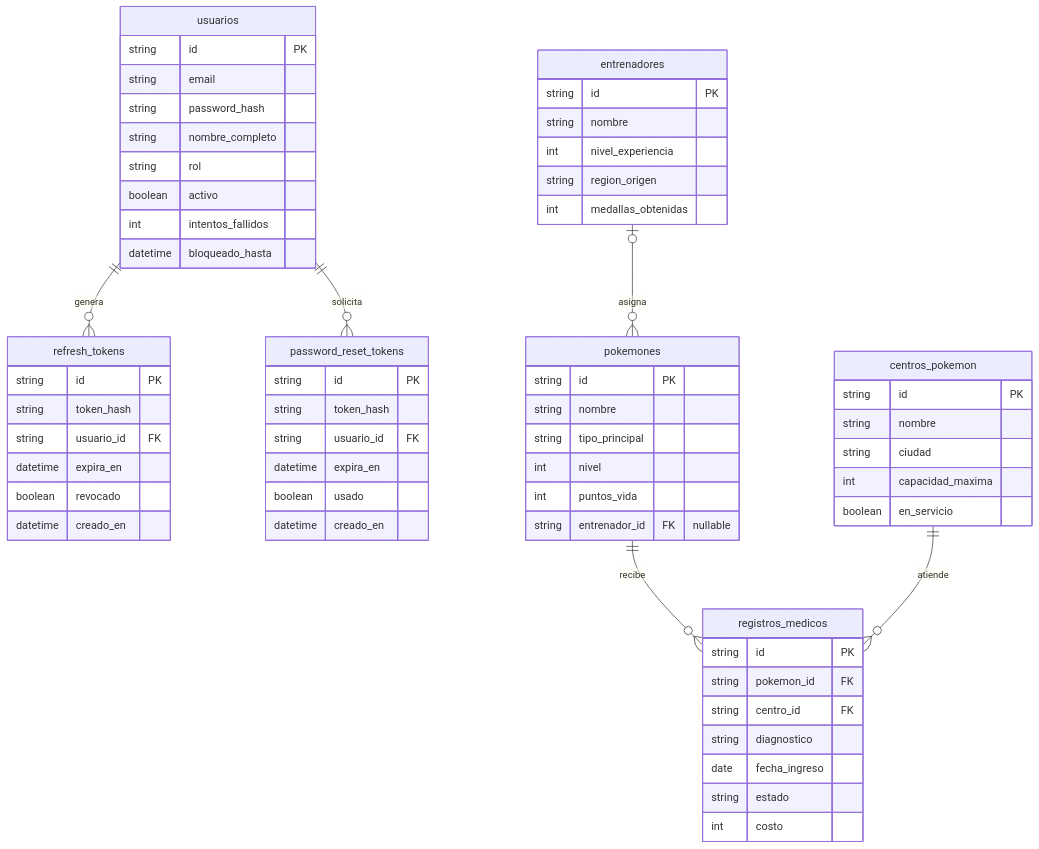
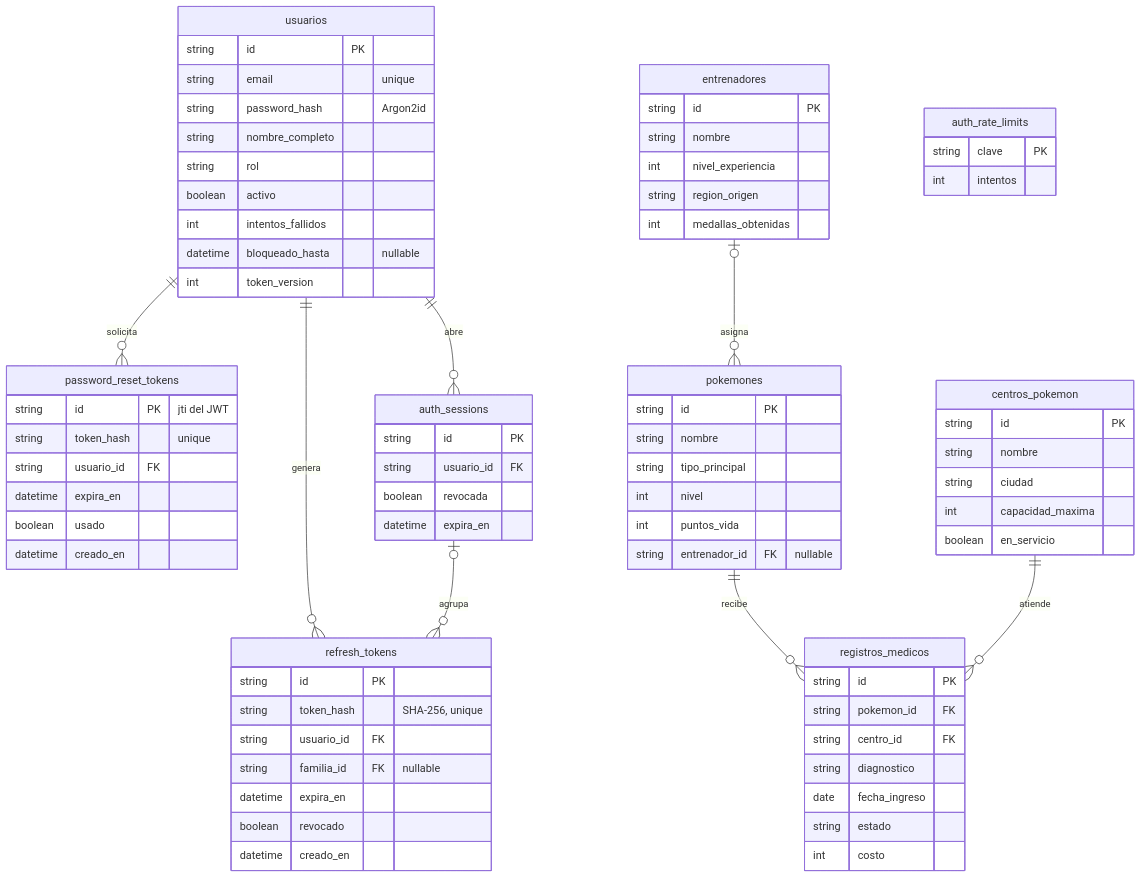
The second of 5 diagrams in docs/diagramas.md (Cristobaaaal/backend-grupo1-sec3), drawn with Mermaid before and after one commit. The commit also changed other lines of this file, not shown here.

Commit message:
docs(diagramas): actualizar diagramas a PostgreSQL, seguridad, sesiones y recuperacion

```diff
--- a/docs/diagramas.md
+++ b/docs/diagramas.md
@@ -103,66 +107,80 @@
 ~~~mermaid
 erDiagram
     usuarios ||--o{ refresh_tokens : genera
     usuarios ||--o{ password_reset_tokens : solicita
+    usuarios ||--o{ auth_sessions : abre
+    auth_sessions |o--o{ refresh_tokens : agrupa
     entrenadores |o--o{ pokemones : asigna
     pokemones ||--o{ registros_medicos : recibe
     centros_pokemon ||--o{ registros_medicos : atiende
 
     usuarios {
         string id PK
-        string email
-        string password_hash
+        string email "unique"
+        string password_hash "Argon2id"
         string nombre_completo
         string rol
         boolean activo
         int intentos_fallidos
-        datetime bloqueado_hasta
+        datetime bloqueado_hasta "nullable"
+        int token_version
+    }
+    auth_sessions {
+        string id PK
+        string usuario_id FK
+        boolean revocada
+        datetime expira_en
     }
     refresh_tokens {
         string id PK
-        string token_hash
+        string token_hash "SHA-256, unique"
         string usuario_id FK
+        string familia_id FK "nullable"
         datetime expira_en
         boolean revocado
         datetime creado_en
     }
     password_reset_tokens {
-        string id PK
-        string token_hash
+        string id PK "jti del JWT"
+        string token_hash "unique"
         string usuario_id FK
         datetime expira_en
         boolean usado
         datetime creado_en
+    }
+    auth_rate_limits {
+        string clave PK
+        int intentos
     }
     entrenadores {
         string id PK
         string nombre
         int nivel_experiencia
         string region_origen
         int medallas_obtenidas
     }
     pokemones {
         string id PK
         string nombre
         string tipo_principal
         int nivel
         int puntos_vida
         string entrenador_id FK "nullable"
     }
     centros_pokemon {
         string id PK
         string nombre
         string ciudad
         int capacidad_maxima
         boolean en_servicio
     }
     registros_medicos {
         string id PK
         string pokemon_id FK
         string centro_id FK
         string diagnostico
         date fecha_ingreso
         string estado
         int costo
     }
 ~~~
```
